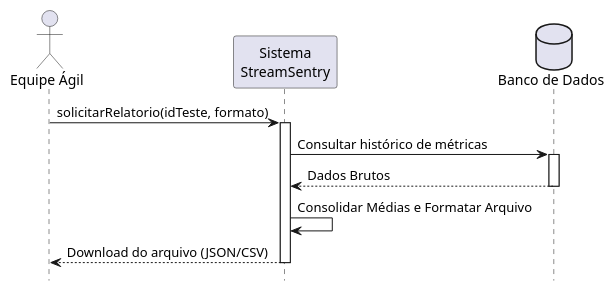
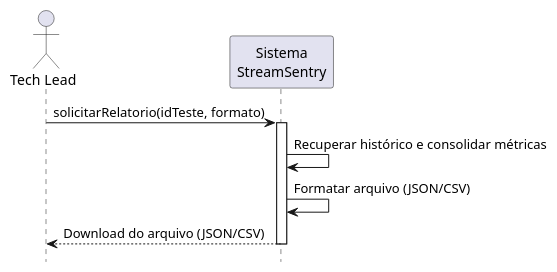
The diagram in Artefatos/DSSExportacaoDeResultadosAnaliticos.puml (ICEI-PUC-Minas-PPLES-TI/plf-es-2025-2-tcci-0393100-dev-rafael-parreira), drawn with PlantUML before and after one commit. The commit also changed 8 other files, not shown here.

```diff
--- a/Artefatos/DSSExportacaoDeResultadosAnaliticos.puml
+++ b/Artefatos/DSSExportacaoDeResultadosAnaliticos.puml
@@ -1,20 +1,16 @@
 @startuml
 hide footbox
 skinparam ParticipantPadding 20
 
-actor "Equipe Ágil" as Equipe
+actor "Tech Lead" as TechLead
 participant "Sistema\nStreamSentry" as Sistema
-database "Banco de Dados" as DB
 
-Equipe -> Sistema: solicitarRelatorio(idTeste, formato)
+TechLead -> Sistema: solicitarRelatorio(idTeste, formato)
 activate Sistema
 
-Sistema -> DB: Consultar histórico de métricas
-activate DB
-DB --> Sistema: Dados Brutos
-deactivate DB
+Sistema -> Sistema: Recuperar histórico e consolidar métricas
+Sistema -> Sistema: Formatar arquivo (JSON/CSV)
 
-Sistema -> Sistema: Consolidar Médias e Formatar Arquivo
-Sistema --> Equipe: Download do arquivo (JSON/CSV)
+Sistema --> TechLead: Download do arquivo (JSON/CSV)
 deactivate Sistema
 @enduml
```
